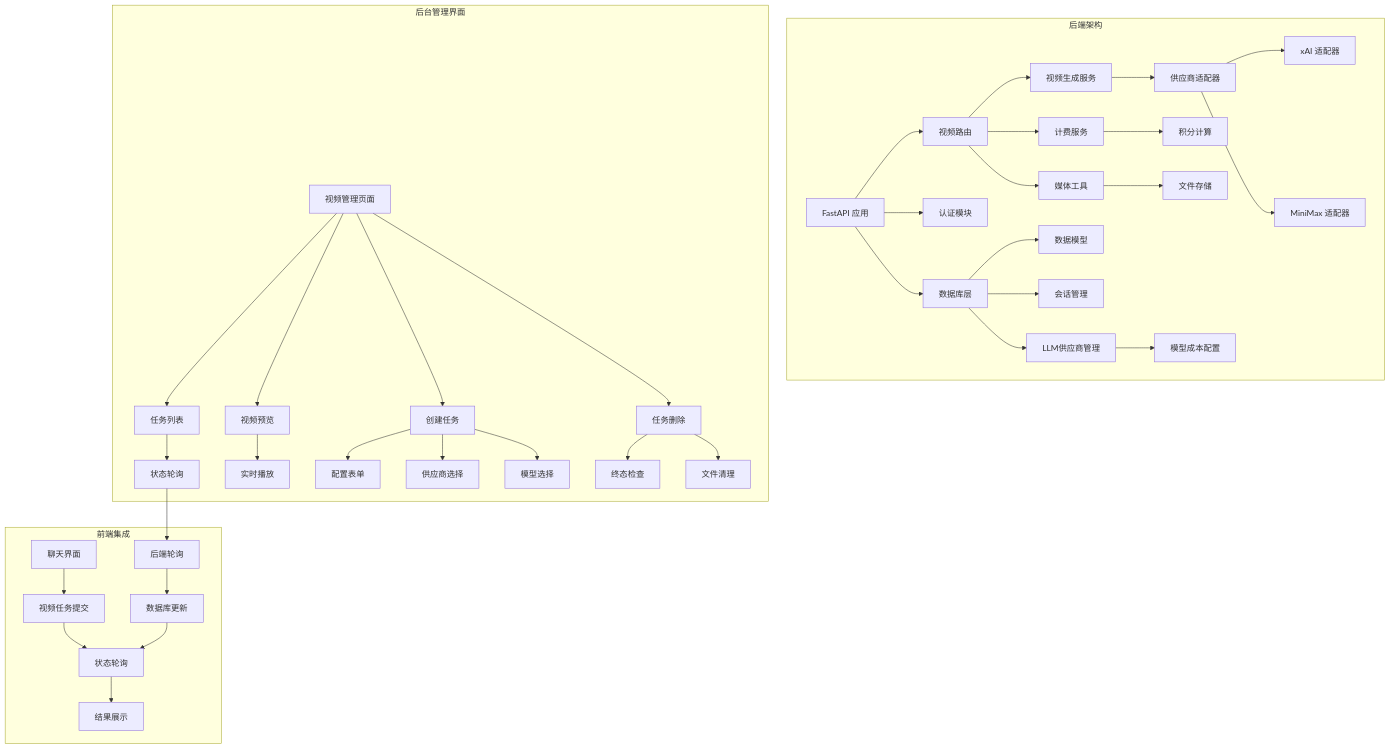
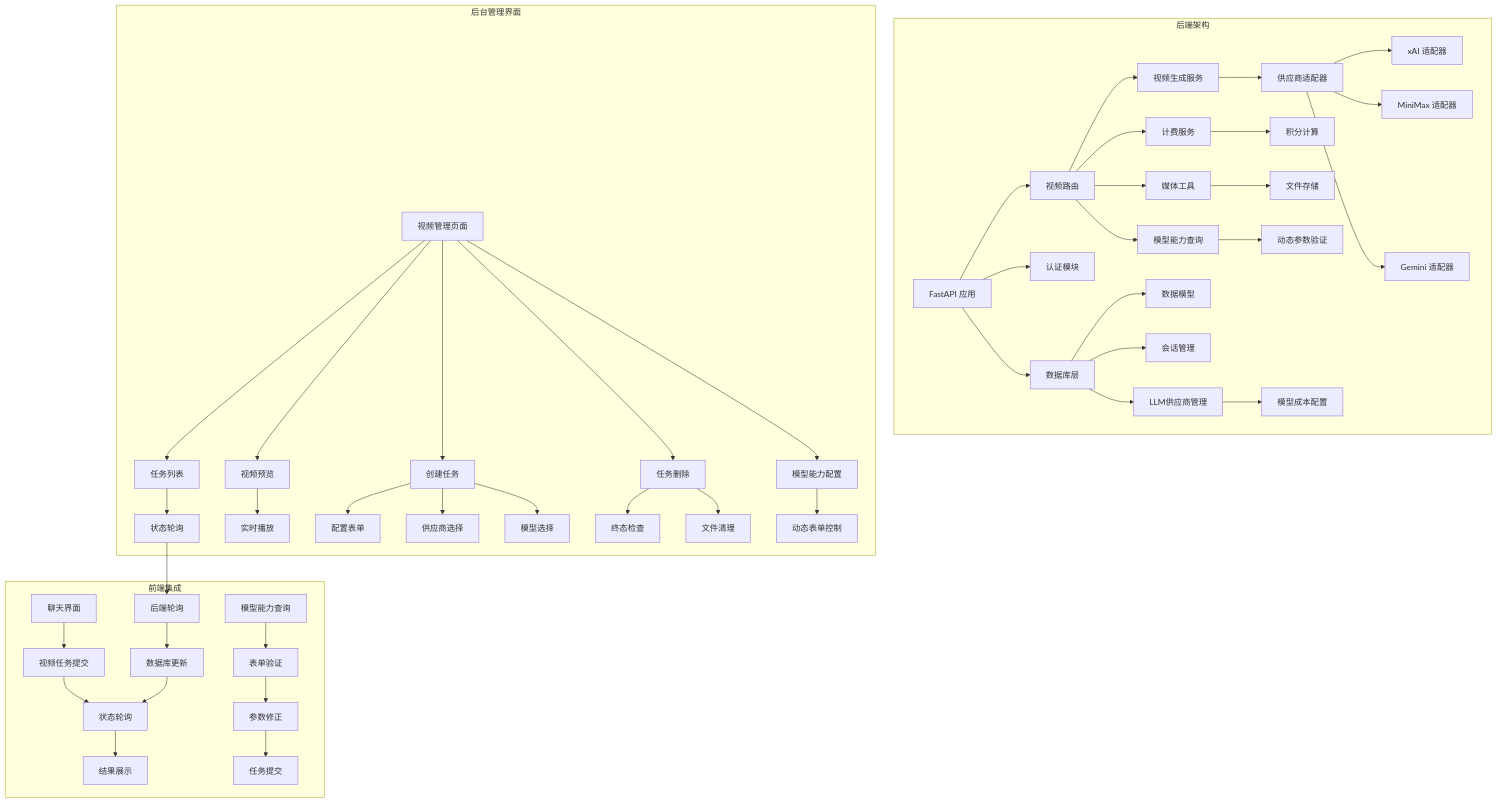
The first of 12 diagrams in .qoder/repowiki/zh/content/API接口文档/视频生成API文档.md (KunLabAI/KunFlix), drawn with Mermaid before and after one commit. The commit also changed other lines of this file and 11 other files, not shown here.

````diff
--- a/.qoder/repowiki/zh/content/API接口文档/视频生成API文档.md
+++ b/.qoder/repowiki/zh/content/API接口文档/视频生成API文档.md
@@ -58,41 +61,49 @@
 ```mermaid
 graph TB
 subgraph "后端架构"
 A[FastAPI 应用] --> B[视频路由]
 A --> C[认证模块]
 A --> D[数据库层]
 B --> E[视频生成服务]
 B --> F[计费服务]
 B --> G[媒体工具]
 E --> H[供应商适配器]
 H --> I[xAI 适配器]
 H --> J[MiniMax 适配器]
-F --> K[积分计算]
-G --> L[文件存储]
-D --> M[数据模型]
-D --> N[会话管理]
-D --> O[LLM供应商管理]
-O --> P[模型成本配置]
+H --> K[Gemini 适配器]
+F --> L[积分计算]
+G --> M[文件存储]
+D --> N[数据模型]
+D --> O[会话管理]
+D --> P[LLM供应商管理]
+P --> Q[模型成本配置]
+B --> R[模型能力查询]
+R --> S[动态参数验证]
 end
 subgraph "后台管理界面"
-Q[视频管理页面] --> R[任务列表]
-Q --> S[视频预览]
-Q --> T[创建任务]
-R --> U[状态轮询]
-S --> V[实时播放]
-T --> W[配置表单]
-T --> X[供应商选择]
-T --> Y[模型选择]
-Q --> Z[任务删除]
-Z --> AA[终态检查]
-Z --> BB[文件清理]
+T[视频管理页面] --> U[任务列表]
+T --> V[视频预览]
+T --> W[创建任务]
+U --> X[状态轮询]
+V --> Y[实时播放]
+W --> Z[配置表单]
+W --> AA[供应商选择]
+W --> BB[模型选择]
+T --> CC[任务删除]
+CC --> DD[终态检查]
+CC --> EE[文件清理]
+T --> FF[模型能力配置]
+FF --> GG[动态表单控制]
 end
 subgraph "前端集成"
-CC[聊天界面] --> DD[视频任务提交]
-DD --> EE[状态轮询]
-EE --> FF[结果展示]
-U --> GG[后端轮询]
-GG --> HH[数据库更新]
-HH --> EE
+HH[聊天界面] --> II[视频任务提交]
+II --> JJ[状态轮询]
+JJ --> KK[结果展示]
+X --> LL[后端轮询]
+LL --> MM[数据库更新]
+MM --> JJ
+NN[模型能力查询] --> OO[表单验证]
+OO --> PP[参数修正]
+PP --> QQ[任务提交]
 end
 ```
````
